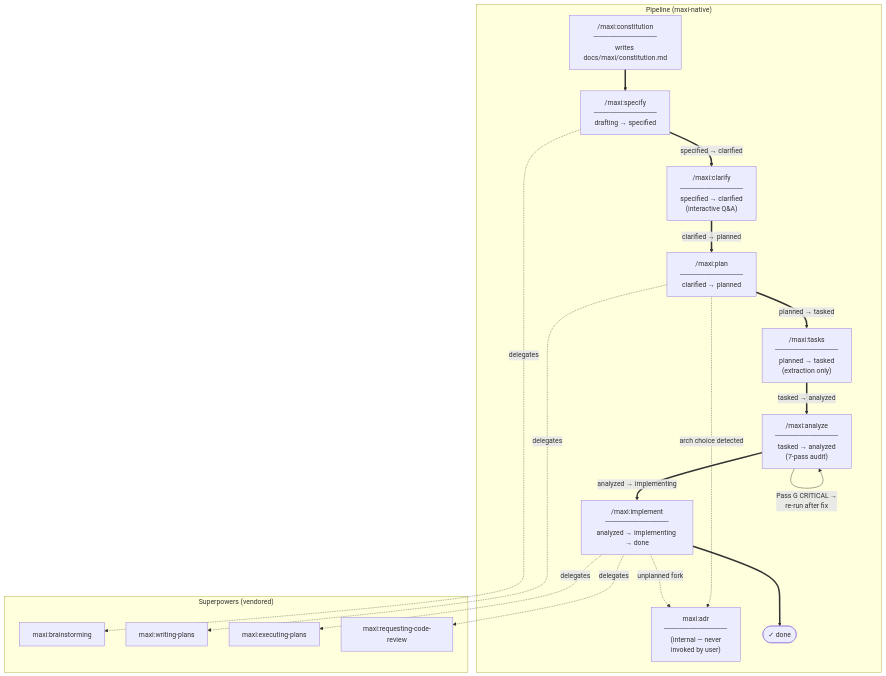
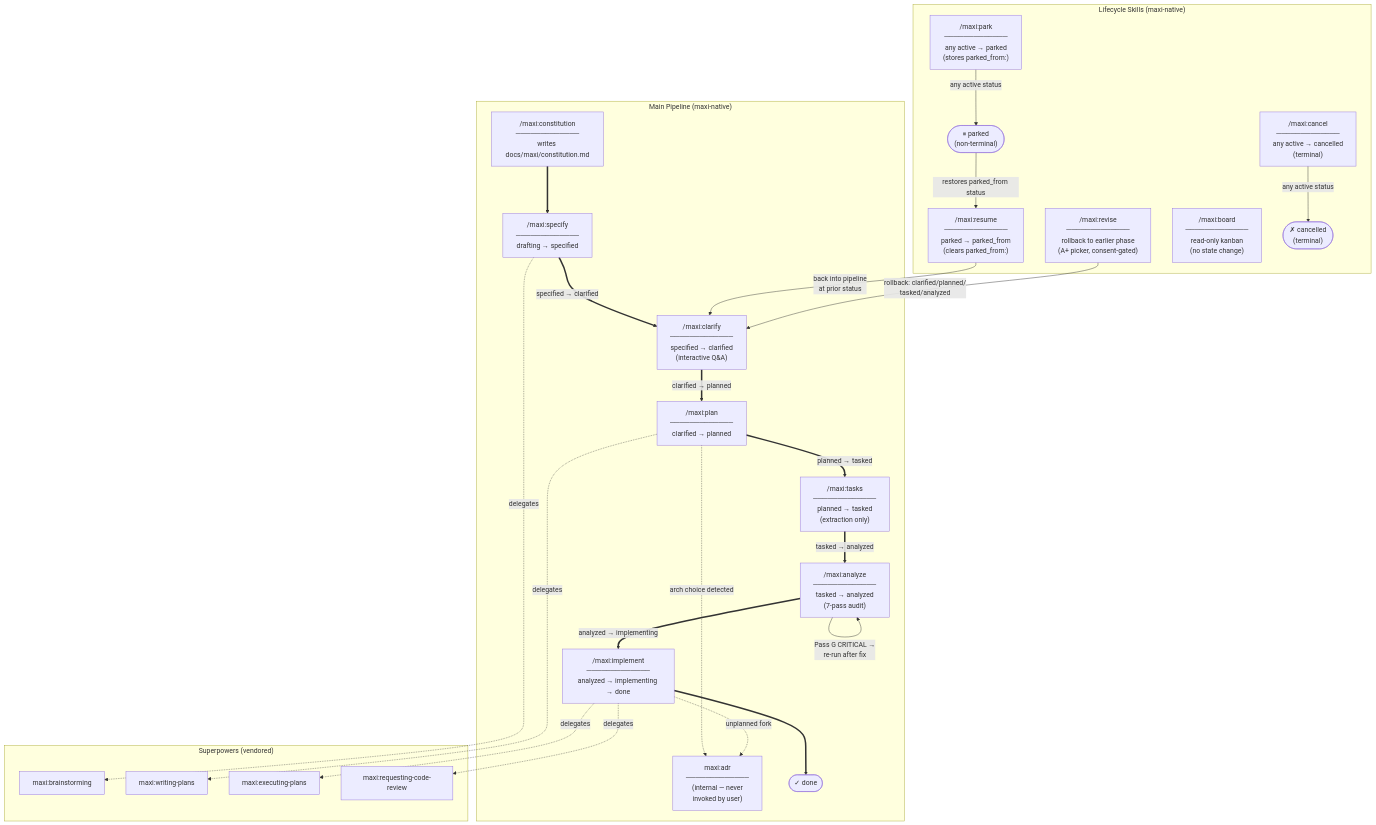
One commit to amoutiers/maxi-superpowers changed the diagram in docs/pipeline-flow.md. Above: the diagram before and after it, drawn with Mermaid. The commit also changed other lines of this file and 2 other files, not shown here.

Commit message:
docs(pipeline): update pipeline-flow + delegation-map for new lifecycle skills + mandatory sync rule
pipeline-flow.md: add lifecycle subgraph (park/resume/cancel/revise/board),
  parked/cancelled terminal nodes, lifecycle arrows, FSM status diagram.
  Legend and notes updated.

delegation-map.md: split into Forward Pipeline + Lifecycle Skills tables.
  New rows: board, park, resume, cancel, revise with required status,
  delegates-to, and status transition for each.

CLAUDE.md: 'Pipeline Documentation — Mandatory Sync' section added.
  Any pipeline change (new skill, new status, new gating rule) MUST update
  pipeline-flow.md, delegation-map.md, using-maxi/SKILL.md, and CLAUDE.md
  atomically in the same commit. Motivation documented (2026-05-28 drift
  incident). Also: status field updated to 10 values, check-spec-fixture
  description updated to '10 status values'.

````diff
--- a/docs/pipeline-flow.md
+++ b/docs/pipeline-flow.md
@@ -7,41 +7,58 @@
 ```mermaid
 flowchart TD
-    subgraph pipeline["Pipeline (maxi-native)"]
+    subgraph pipeline["Main Pipeline (maxi-native)"]
         CONSTITUTION["/maxi:constitution\n─────────────\nwrites docs/maxi/constitution.md"]
         SPECIFY["/maxi:specify\n─────────────\ndrafting → specified"]
         CLARIFY["/maxi:clarify\n─────────────\nspecified → clarified\n(interactive Q&A)"]
         PLAN["/maxi:plan\n─────────────\nclarified → planned"]
         TASKS["/maxi:tasks\n─────────────\nplanned → tasked\n(extraction only)"]
         ANALYZE["/maxi:analyze\n─────────────\ntasked → analyzed\n(7-pass audit)"]
         IMPLEMENT["/maxi:implement\n─────────────\nanalyzed → implementing → done"]
         ADR["maxi:adr\n─────────────\n(internal — never\ninvoked by user)"]
         DONE(["✓ done"])
+    end
+
+    subgraph lifecycle["Lifecycle Skills (maxi-native)"]
+        PARK["/maxi:park\n─────────────\nany active → parked\n(stores parked_from:)"]
+        RESUME["/maxi:resume\n─────────────\nparked → parked_from\n(clears parked_from:)"]
+        CANCEL["/maxi:cancel\n─────────────\nany active → cancelled\n(terminal)"]
+        REVISE["/maxi:revise\n─────────────\nrollback to earlier phase\n(A+ picker, consent-gated)"]
+        BOARD["/maxi:board\n─────────────\nread-only kanban\n(no state change)"]
+        PARKED(["⏸ parked\n(non-terminal)"])
+        CANCELLED(["✗ cancelled\n(terminal)"])
     end
 
     subgraph vendored["Superpowers (vendored)"]
         BRAINSTORMING["maxi:brainstorming"]
         WRITING_PLANS["maxi:writing-plans"]
         EXECUTING_PLANS["maxi:executing-plans"]
         CODE_REVIEW["maxi:requesting-code-review"]
     end
 
     %% Main pipeline transitions (thick arrows)
     CONSTITUTION ==> SPECIFY
     SPECIFY ==>|"specified → clarified"| CLARIFY
     CLARIFY ==>|"clarified → planned"| PLAN
     PLAN ==>|"planned → tasked"| TASKS
     TASKS ==>|"tasked → analyzed"| ANALYZE
     ANALYZE ==>|"analyzed → implementing"| IMPLEMENT
     IMPLEMENT ==> DONE
 
     %% Analyze re-run loop
     ANALYZE -->|"Pass G CRITICAL →\nre-run after fix"| ANALYZE
 
+    %% Lifecycle transitions (thin arrows)
+    PARK -->|"any active status"| PARKED
+    PARKED -->|"restores parked_from status"| RESUME
+    RESUME -->|"back into pipeline\nat prior status"| CLARIFY
+    CANCEL -->|"any active status"| CANCELLED
+    REVISE -->|"rollback: clarified/planned/\ntasked/analyzed"| CLARIFY
+
     %% Delegations to superpowers (dashed arrows)
     SPECIFY -.->|"delegates"| BRAINSTORMING
     PLAN -.->|"delegates"| WRITING_PLANS
     PLAN -.->|"arch choice detected"| ADR
     IMPLEMENT -.->|"delegates"| EXECUTING_PLANS
     IMPLEMENT -.->|"unplanned fork"| ADR
     IMPLEMENT -.->|"delegates"| CODE_REVIEW
 ```
````
